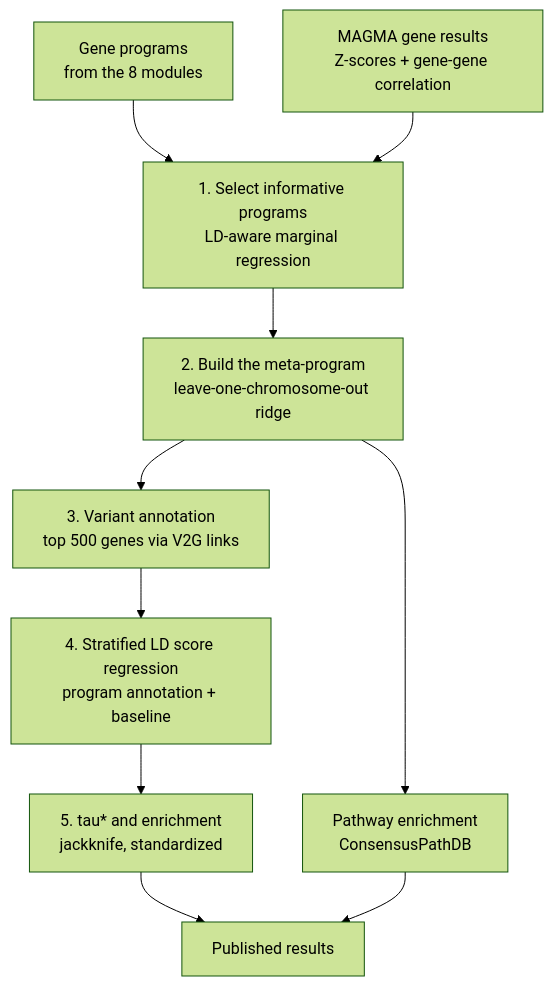
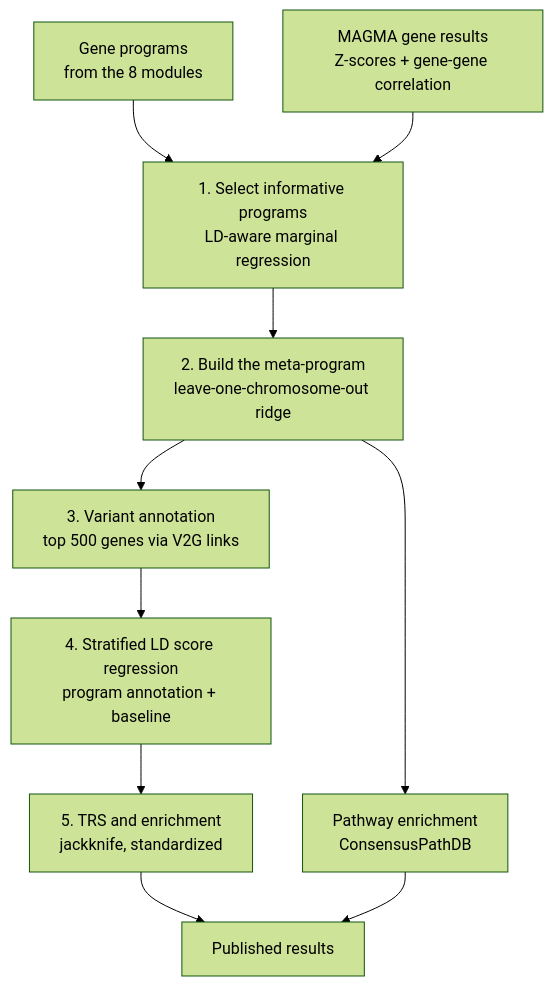
One commit to Deylab999MSKCC/perturbscape-docs changed the diagram in docs/docs/methods/disease-enrichment.md. Above: the diagram before and after it, drawn with Mermaid (forest theme). The commit also changed other lines of this file and 14 other files, not shown here.

````diff
--- a/docs/docs/methods/disease-enrichment.md
+++ b/docs/docs/methods/disease-enrichment.md
@@ -10,11 +10,11 @@
 ```mermaid
 flowchart TB
     P["Gene programs<br/>from the 8 modules"] --> S1
     M["MAGMA gene results<br/>Z-scores + gene-gene correlation"] --> S1
     S1["1. Select informative programs<br/>LD-aware marginal regression"] --> S2
     S2["2. Build the meta-program<br/>leave-one-chromosome-out ridge"] --> S3
     S3["3. Variant annotation<br/>top 500 genes via V2G links"] --> S4
     S4["4. Stratified LD score regression<br/>program annotation + baseline"] --> S5
-    S5["5. tau* and enrichment<br/>jackknife, standardized"] --> OUT["Published results"]
+    S5["5. TRS and enrichment<br/>jackknife, standardized"] --> OUT["Published results"]
     S2 --> PW["Pathway enrichment<br/>ConsensusPathDB"] --> OUT
 ```
````
